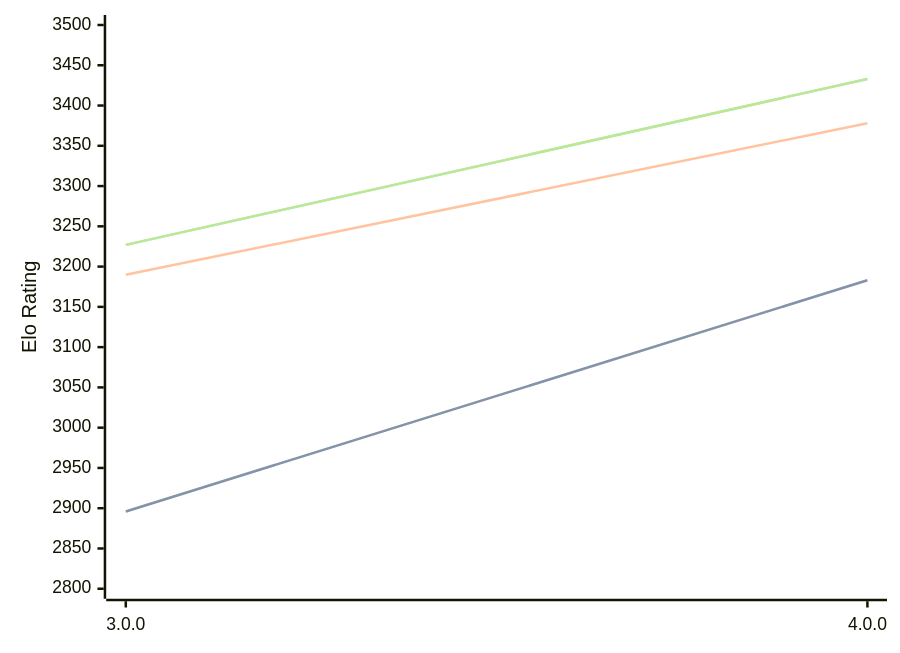
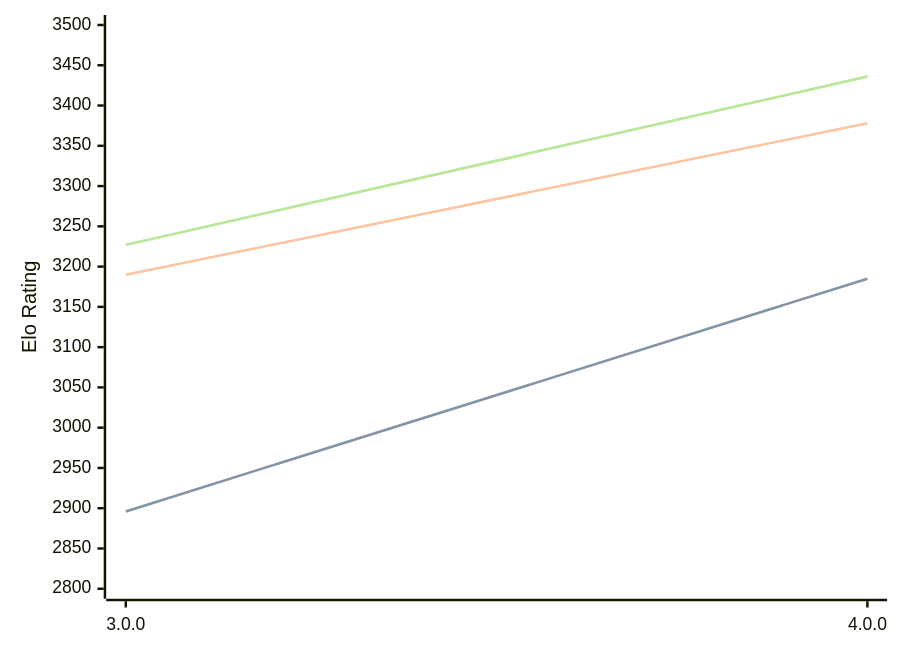
Before and after one commit to computer-chess-index/cci: the diagram in engines/Avalanche.md, drawn with Mermaid. The commit also changed other lines of this file, not shown here.

Commit message:
Update CCI Ratings (ELO VLTC) - 2026-08-28

````diff
--- a/engines/Avalanche.md
+++ b/engines/Avalanche.md
@@ -32,11 +32,11 @@
 ```mermaid
 %%{init: {"theme":"base","themeVariables":{"seriesColors:['#a3a3a3','#222221','#faa371']}}}%%
 xychart-beta
   x-axis ["3.0.0", "4.0.0"]
   y-axis "Elo Rating" 2800 --> 3500
-  line "" [2896, 3183]
-  line "STC (8.0+0.08s)" [2896, 3183]
+  line "" [2896, 3185]
+  line "STC (8.0+0.08s)" [2896, 3185]
   line "LTC (60.0+0.60s)" [3190, 3378]
-  line "" [3227, 3433]
-  line "VLTC (2m24s+1.12s)" [3227, 3433]
+  line "" [3227, 3436]
+  line "VLTC (2m24s+1.12s)" [3227, 3436]
 ```
````
